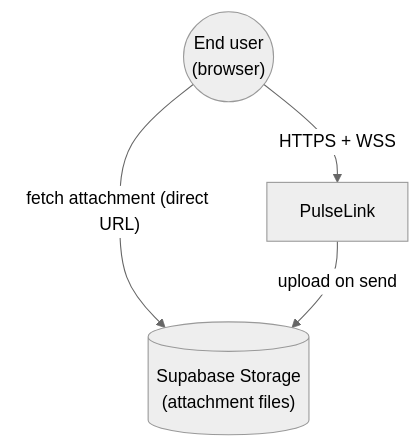
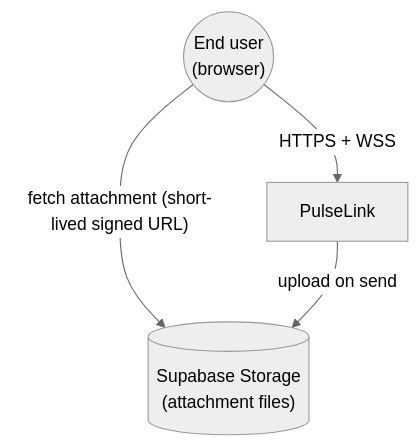
Before and after one commit to NguyenTruongNgocHan/pulselink: the first of 4 diagrams in docs/architecture/system-design.md, drawn with Mermaid (neutral theme). The commit also changed other lines of this file and 31 other files, not shown here.

````diff
--- a/docs/architecture/system-design.md
+++ b/docs/architecture/system-design.md
@@ -9,10 +9,10 @@
 ```mermaid
 flowchart TB
     User(("End user<br/>(browser)"))
     PulseLink["PulseLink"]
     Storage[("Supabase Storage<br/>(attachment files)")]
 
     User -->|"HTTPS + WSS"| PulseLink
-    User -->|"fetch attachment (direct URL)"| Storage
+    User -->|"fetch attachment (short-lived signed URL)"| Storage
     PulseLink -->|"upload on send"| Storage
 ```
````
